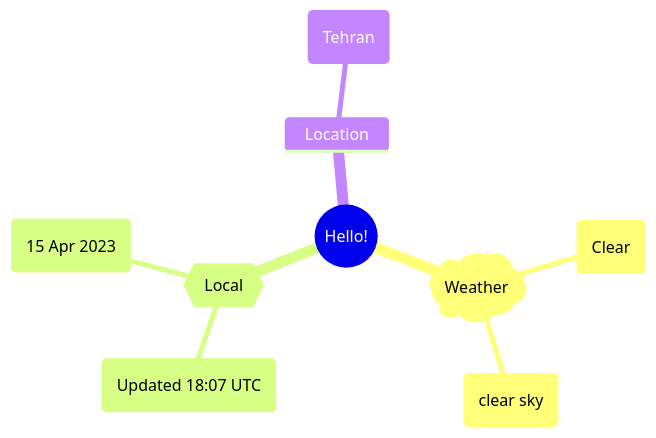
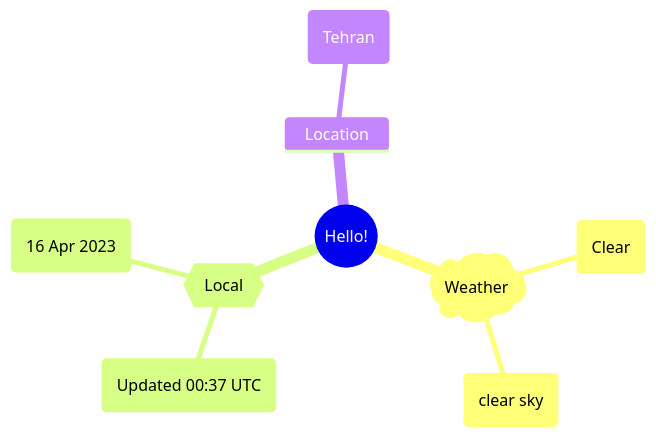
One commit to Xosrov/Xosrov changed the first of 2 diagrams in README.md. Above: the diagram before and after it, drawn with Mermaid.

Commit message:
[bot] updated images

````diff
--- a/README.md
+++ b/README.md
@@ -3,12 +3,12 @@
 ```mermaid
 mindmap
   root((Hello!))
     )Weather(
         (Clear)
         (clear sky)
     {{Local}}
-        (Updated 18:07 UTC)
-        (15 Apr 2023)
+        (Updated 00:37 UTC)
+        (16 Apr 2023)
     Location
         (Tehran)
 ```
````
